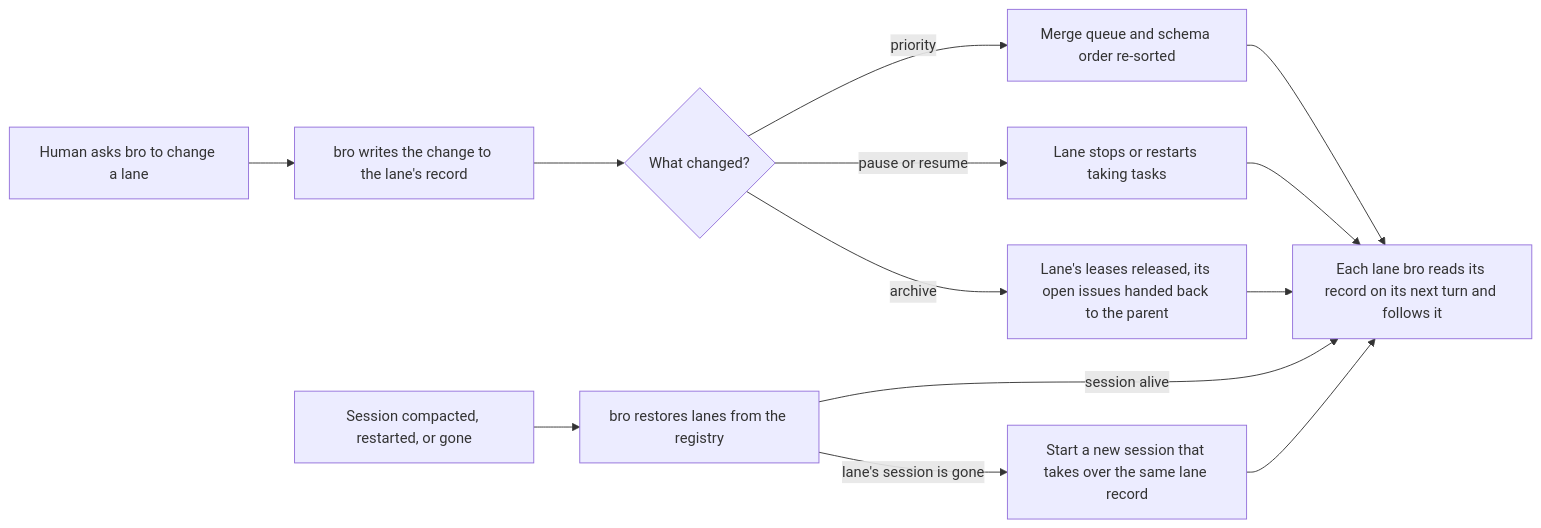
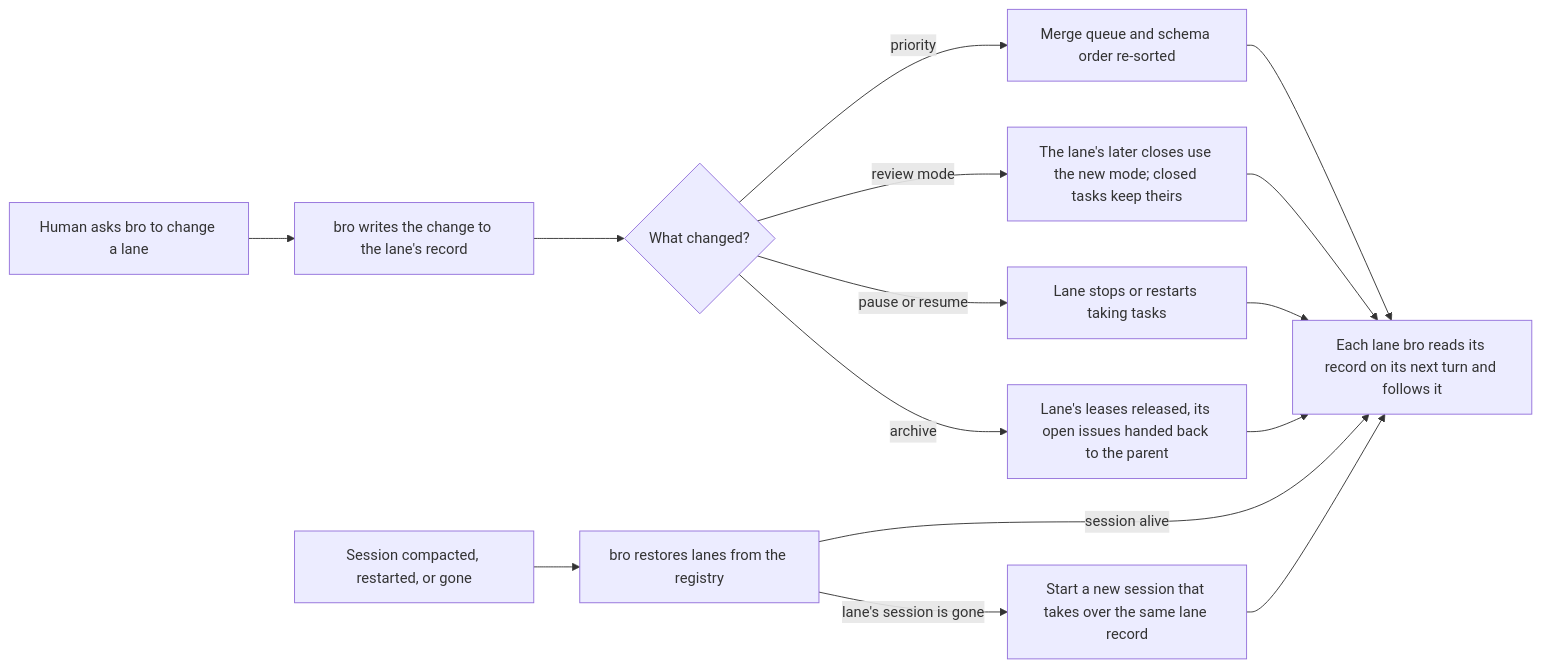
One commit to trustmybot/plugin changed the sixth of 6 diagrams in docs/architecture/LANES.md. Above: the diagram before and after it, drawn with Mermaid. The commit also changed other lines of this file and 7 other files, not shown here.

Commit message:
📝 docs(flows): plan flow 3.9 agile review mode (GH 2225)

````diff
--- a/docs/architecture/LANES.md
+++ b/docs/architecture/LANES.md
@@ -141,15 +143,17 @@
 ```mermaid
 flowchart LR
     A[Human asks bro to change a lane] --> B[bro writes the change to the lane's record]
     B --> C{What changed?}
     C -- priority --> D[Merge queue and schema order re-sorted]
     C -- pause or resume --> E[Lane stops or restarts taking tasks]
     C -- archive --> F[Lane's leases released, its open issues handed back to the parent]
+    C -- review mode --> M[The lane's later closes use the new mode; closed tasks keep theirs]
     D --> G[Each lane bro reads its record on its next turn and follows it]
+    M --> G
     E --> G
     F --> G
     H[Session compacted, restarted, or gone] --> I[bro restores lanes from the registry]
     I -- lane's session is gone --> J[Start a new session that takes over the same lane record]
     I -- session alive --> G
     J --> G
 ```
````
